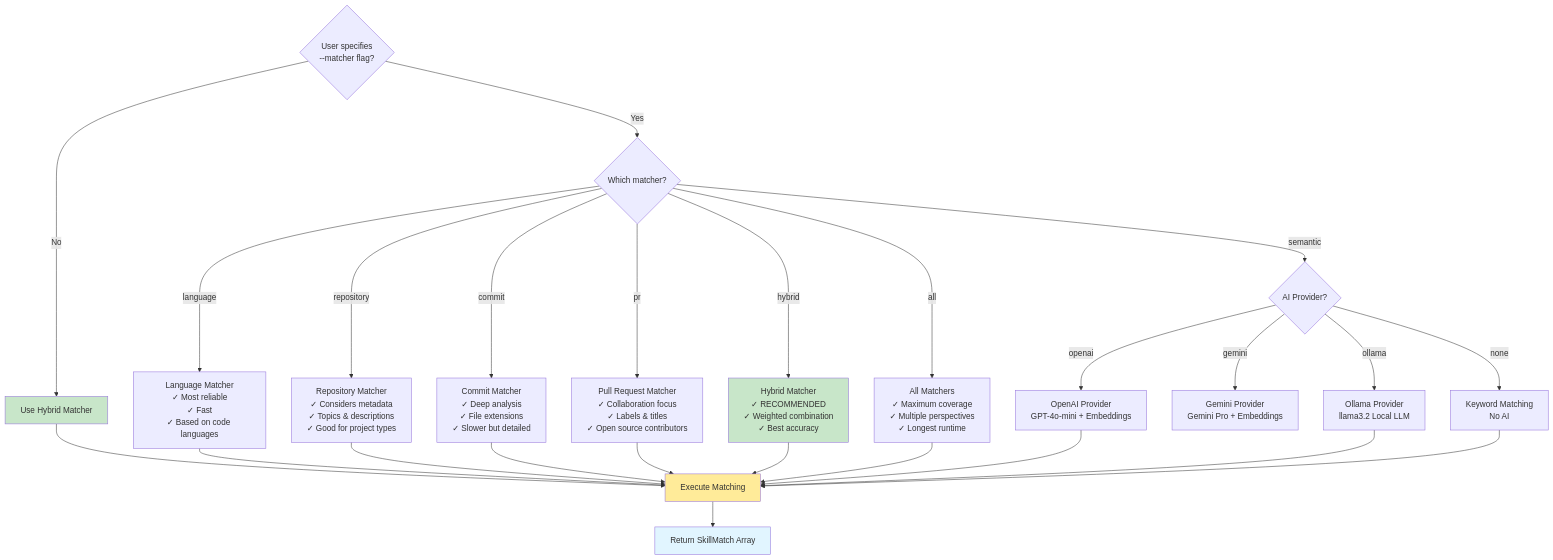
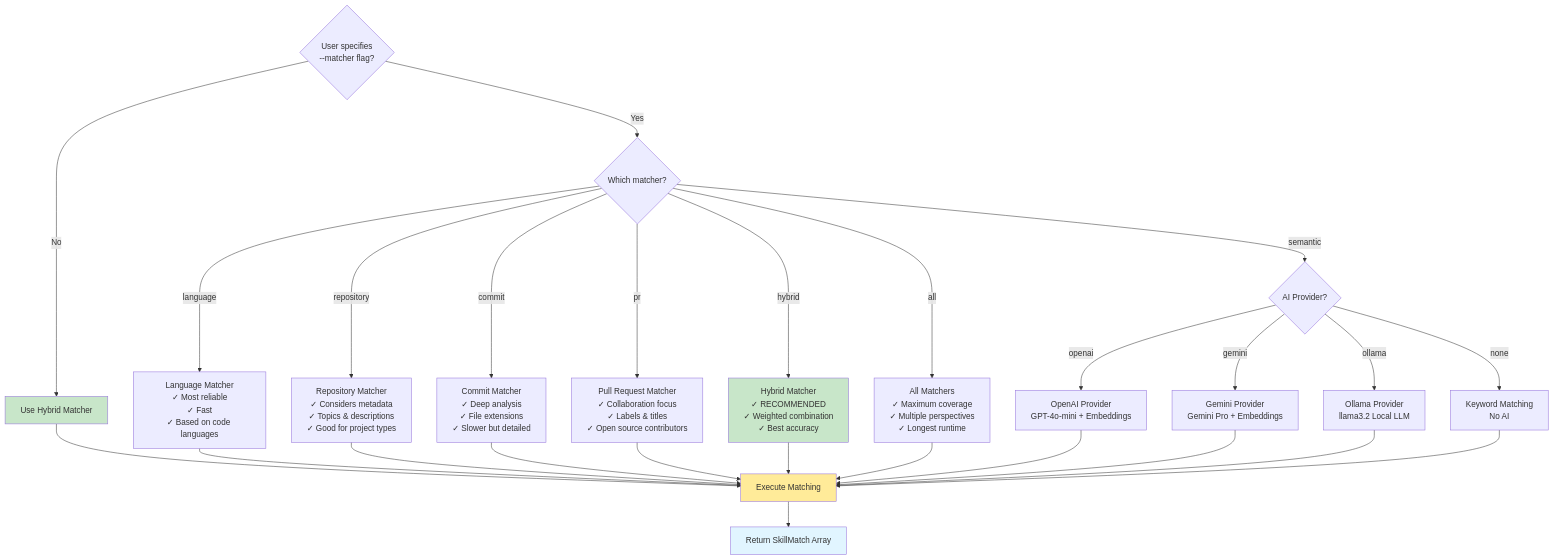
One commit to kondekarshubham123/Topcoder-Github-Skill-Import changed the fourth of 15 diagrams in docs/DESIGN_FLOW.md. Above: the diagram before and after it, drawn with Mermaid. The commit also changed other lines of this file and 1 other file, not shown here.

Commit message:
documentation update for Arch and design flow

````diff
--- a/docs/DESIGN_FLOW.md
+++ b/docs/DESIGN_FLOW.md
@@ -243,42 +184,44 @@
 ```mermaid
 graph TD
     Start{User specifies<br/>--matcher flag?}
     
     Start --> |No| Default[Use Hybrid Matcher]
     Start --> |Yes| Check{Which matcher?}
     
     Check --> |language| UseLang[Language Matcher<br/>✓ Most reliable<br/>✓ Fast<br/>✓ Based on code languages]
     
     Check --> |repository| UseRepo[Repository Matcher<br/>✓ Considers metadata<br/>✓ Topics & descriptions<br/>✓ Good for project types]
     
     Check --> |commit| UseCommit[Commit Matcher<br/>✓ Deep analysis<br/>✓ File extensions<br/>✓ Slower but detailed]
     
     Check --> |pr| UsePR[Pull Request Matcher<br/>✓ Collaboration focus<br/>✓ Labels & titles<br/>✓ Open source contributors]
     
     Check --> |hybrid| UseHybrid[Hybrid Matcher<br/>✓ RECOMMENDED<br/>✓ Weighted combination<br/>✓ Best accuracy]
     
     Check --> |all| UseAll[All Matchers<br/>✓ Maximum coverage<br/>✓ Multiple perspectives<br/>✓ Longest runtime]
+    
     Check --> |semantic| UseSemantic{AI Provider?}
     UseSemantic --> |openai| UseOpenAI[OpenAI Provider<br/>GPT-4o-mini + Embeddings]
     UseSemantic --> |gemini| UseGemini[Gemini Provider<br/>Gemini Pro + Embeddings]
     UseSemantic --> |ollama| UseOllama[Ollama Provider<br/>llama3.2 Local LLM]
     UseSemantic --> |none| UseKeyword[Keyword Matching<br/>No AI]
-
+    
     Default --> Execute[Execute Matching]
     UseLang --> Execute
     UseRepo --> Execute
     UseCommit --> Execute
     UsePR --> Execute
     UseHybrid --> Execute
     UseAll --> Execute
     UseOpenAI --> Execute
+    UseGemini --> Execute
     UseOllama --> Execute
     UseKeyword --> Execute
     
     Execute --> Return[Return SkillMatch Array]
     
     style Default fill:#c8e6c9
     style UseHybrid fill:#c8e6c9
     style Execute fill:#ffeb99
     style Return fill:#e1f5ff
 ```
````
